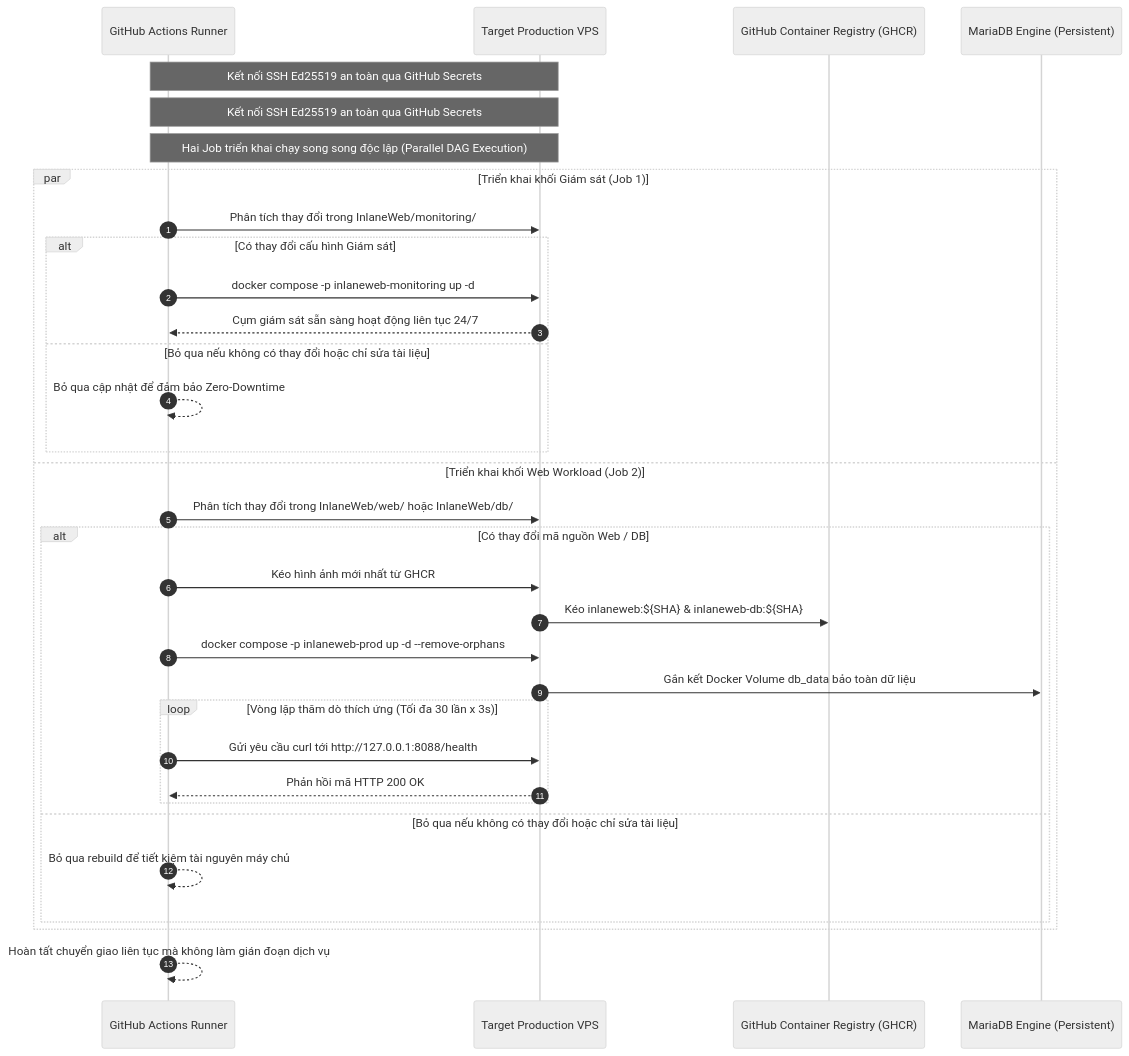
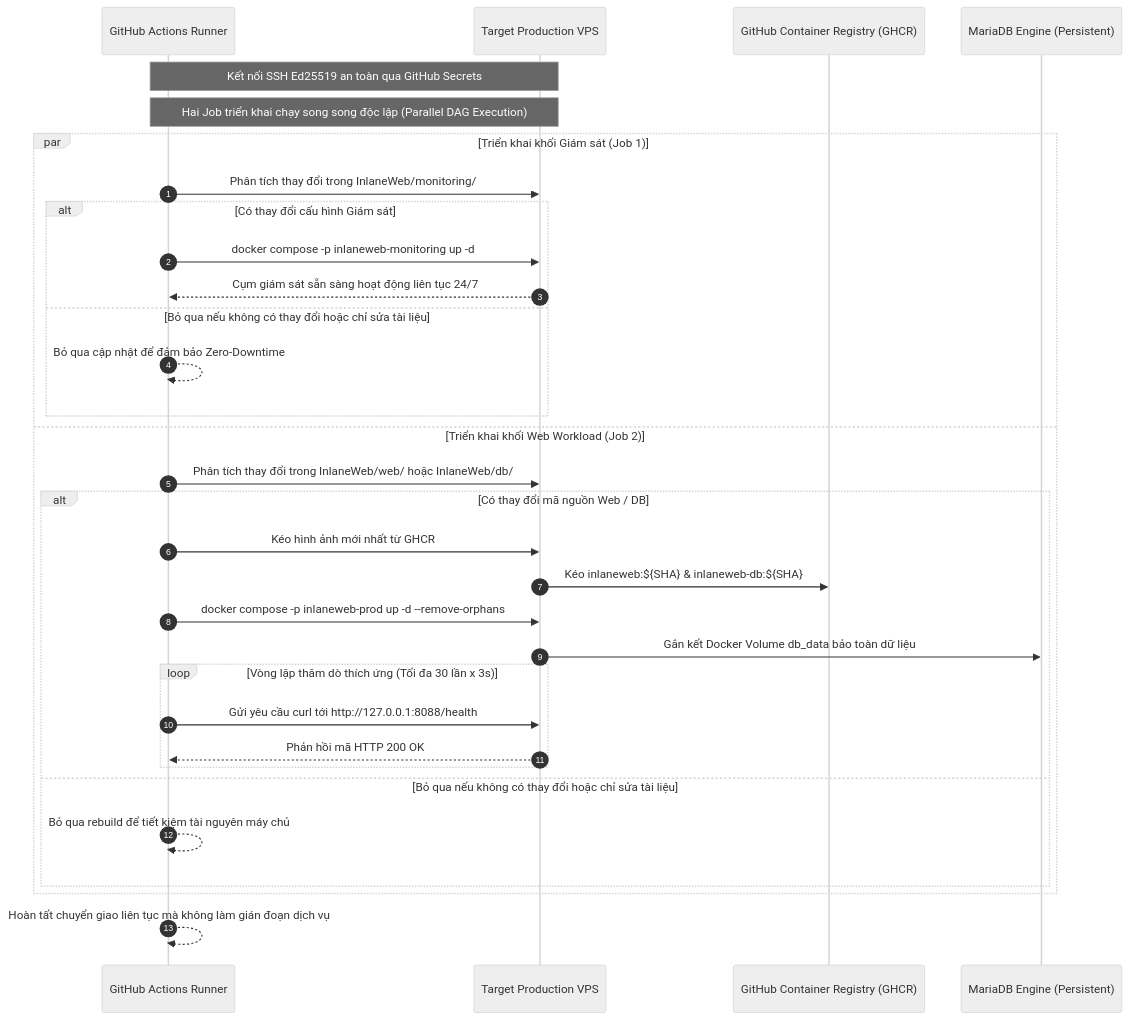
Before and after one commit to wtfwhoyouare/PTIT-DevOps-SonarQube: the third of 3 diagrams in docs/05-Báo cáo bài tập lớn DevSecOps.md, drawn with Mermaid (neutral theme). The commit also changed other lines of this file and 1 other file, not shown here.

````diff
--- a/docs/05-Báo cáo bài tập lớn DevSecOps.md
+++ b/docs/05-Báo cáo bài tập lớn DevSecOps.md
@@ -492,36 +706,35 @@
 ```mermaid
 sequenceDiagram
     autonumber
     participant Runner as GitHub Actions Runner
     participant VPS as Target Production VPS
     participant GHCR as GitHub Container Registry (GHCR)
     participant MariaDB as MariaDB Engine (Persistent)
 
-    Note over Runner, VPS: Kết nối SSH Ed25519 an toàn qua GitHub Secrets
     Note over Runner, VPS: Kết nối SSH Ed25519 an toàn qua GitHub Secrets
     Note over Runner, VPS: Hai Job triển khai chạy song song độc lập (Parallel DAG Execution)
     par Triển khai khối Giám sát (Job 1)
         Runner->>VPS: Phân tích thay đổi trong InlaneWeb/monitoring/
         alt Có thay đổi cấu hình Giám sát
             Runner->>VPS: docker compose -p inlaneweb-monitoring up -d
             VPS-->>Runner: Cụm giám sát sẵn sàng hoạt động liên tục 24/7
         else Bỏ qua nếu không có thay đổi hoặc chỉ sửa tài liệu
             Runner-->>Runner: Bỏ qua cập nhật để đảm bảo Zero-Downtime
         end
     and Triển khai khối Web Workload (Job 2)
         Runner->>VPS: Phân tích thay đổi trong InlaneWeb/web/ hoặc InlaneWeb/db/
         alt Có thay đổi mã nguồn Web / DB
             Runner->>VPS: Kéo hình ảnh mới nhất từ GHCR
             VPS->>GHCR: Kéo inlaneweb:${SHA} & inlaneweb-db:${SHA}
             Runner->>VPS: docker compose -p inlaneweb-prod up -d --remove-orphans
             VPS->>MariaDB: Gắn kết Docker Volume db_data bảo toàn dữ liệu
             loop Vòng lặp thăm dò thích ứng (Tối đa 30 lần x 3s)
                 Runner->>VPS: Gửi yêu cầu curl tới http://127.0.0.1:8088/health
                 VPS-->>Runner: Phản hồi mã HTTP 200 OK
             end
         else Bỏ qua nếu không có thay đổi hoặc chỉ sửa tài liệu
             Runner-->>Runner: Bỏ qua rebuild để tiết kiệm tài nguyên máy chủ
         end
     end
     Runner-->>Runner: Hoàn tất chuyển giao liên tục mà không làm gián đoạn dịch vụ
 ```
````
